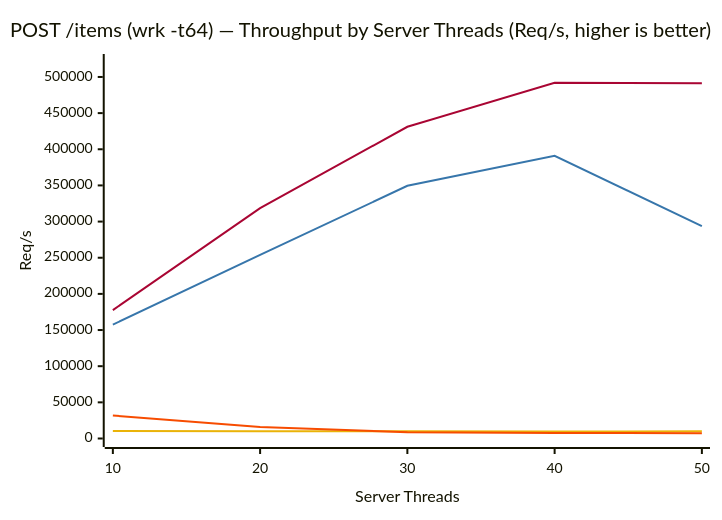
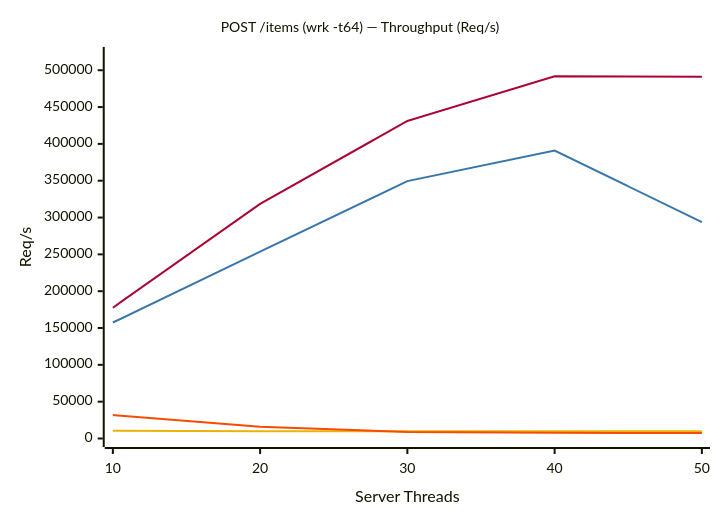
The fourth of 4 diagrams in README.md (erlpython/epython), drawn with Mermaid before and after one commit. The commit also changed other lines of this file, not shown here.

````diff
--- a/README.md
+++ b/README.md
@@ -229,16 +235,18 @@
 ```mermaid
 ---
 config:
+  xyChart:
+    titleFontSize: 14
   themeVariables:
     xyChart:
       plotColorPalette: "#A90533, #3776AB, #EAB308, #F74C00"
 ---
 xychart-beta
-    title "POST /items (wrk -t64) — Throughput by Server Threads (Req/s, higher is better)"
+    title "POST /items (wrk -t64) — Throughput (Req/s)"
     x-axis "Server Threads" ["10", "20", "30", "40", "50"]
     y-axis "Req/s" 0 --> 520000
     line [177588, 318483, 431137, 491831, 491233]
     line [157480, 253820, 349458, 391047, 293681]
     line [10479, 9984, 10000, 9785, 9909]
     line [31792, 15965, 8753, 7760, 7422]
 ```
````
